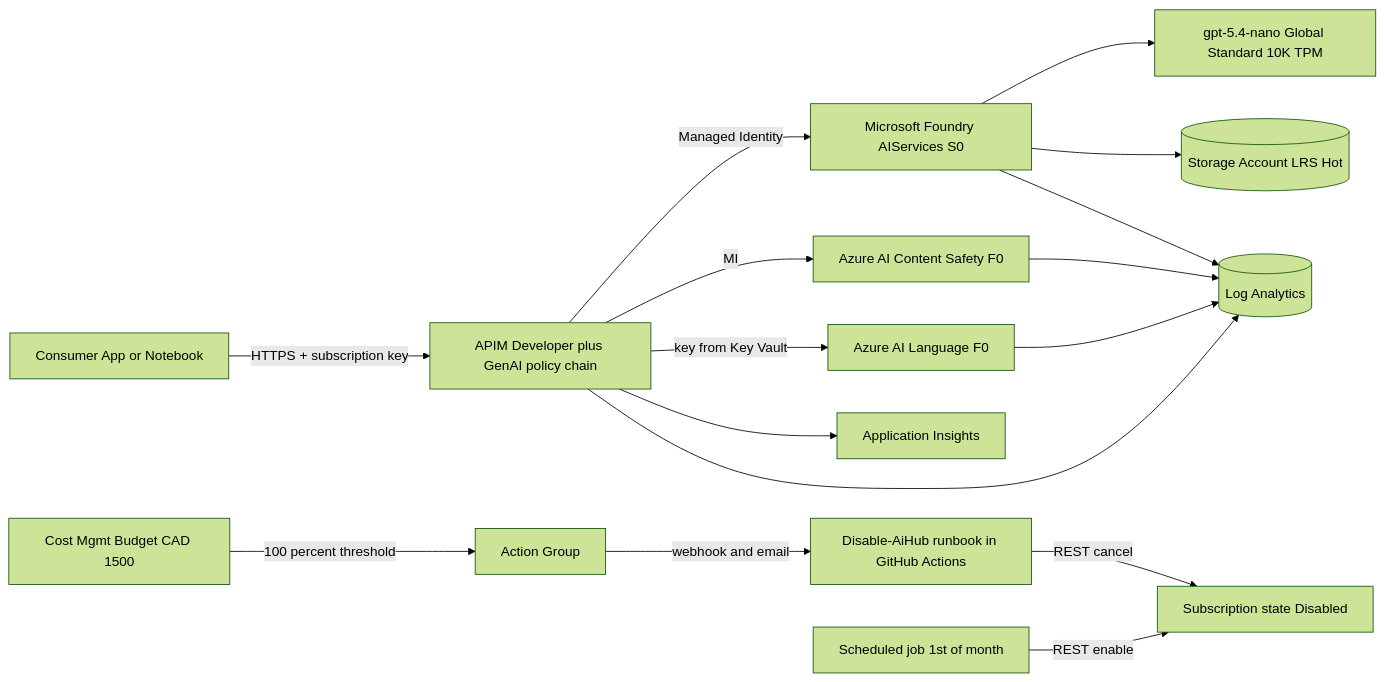
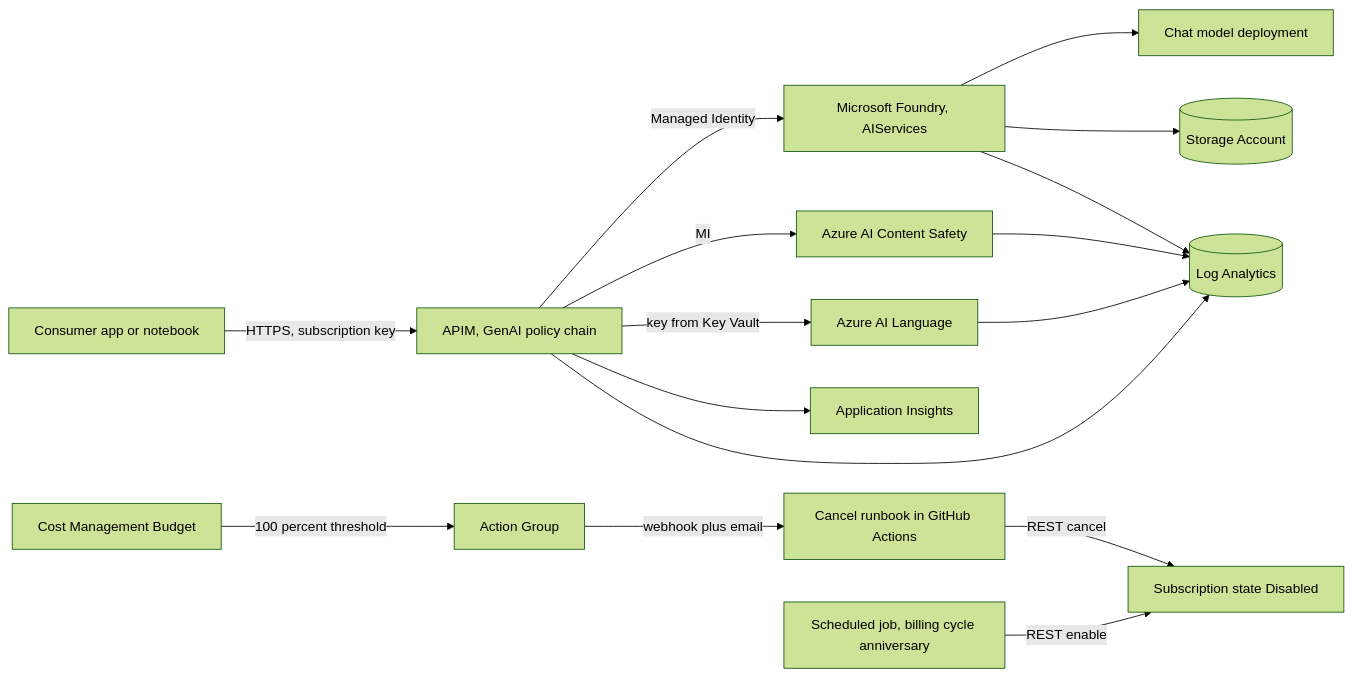
Before and after one commit to pxbtech/azure-ai-hub-lz: the first of 2 diagrams in README.md, drawn with Mermaid (forest theme). The commit also changed other lines of this file and 57 other files, not shown here.

````diff
--- a/README.md
+++ b/README.md
@@ -128,19 +145,19 @@
 ```mermaid
 flowchart LR
-    Consumer[Consumer App or Notebook] -->|HTTPS + subscription key| APIM
-    APIM[APIM Developer plus GenAI policy chain] -->|Managed Identity| Foundry
-    APIM -->|MI| ContentSafety[Azure AI Content Safety F0]
-    APIM -->|key from Key Vault| Language[Azure AI Language F0]
-    Foundry[Microsoft Foundry AIServices S0]
-    Foundry --> ChatModel[gpt-5.4-nano Global Standard 10K TPM]
-    Foundry --> Storage[(Storage Account LRS Hot)]
+    Consumer[Consumer app or notebook] -->|HTTPS, subscription key| APIM
+    APIM[APIM, GenAI policy chain] -->|Managed Identity| Foundry
+    APIM -->|MI| ContentSafety[Azure AI Content Safety]
+    APIM -->|key from Key Vault| Language[Azure AI Language]
+    Foundry[Microsoft Foundry, AIServices]
+    Foundry --> ChatModel[Chat model deployment]
+    Foundry --> Storage[(Storage Account)]
     APIM --> AppInsights[Application Insights]
     Foundry --> LogAnalytics[(Log Analytics)]
     ContentSafety --> LogAnalytics
     Language --> LogAnalytics
     APIM --> LogAnalytics
-    Budget[Cost Mgmt Budget CAD 1500] -->|100 percent threshold| ActionGroup
-    ActionGroup[Action Group] -->|webhook and email| Runbook[Disable-AiHub runbook in GitHub Actions]
+    Budget[Cost Management Budget] -->|100 percent threshold| ActionGroup
+    ActionGroup[Action Group] -->|webhook plus email| Runbook[Cancel runbook in GitHub Actions]
     Runbook -->|REST cancel| Subscription[Subscription state Disabled]
-    Schedule[Scheduled job 1st of month] -->|REST enable| Subscription
+    Schedule[Scheduled job, billing cycle anniversary] -->|REST enable| Subscription
 ```
````
